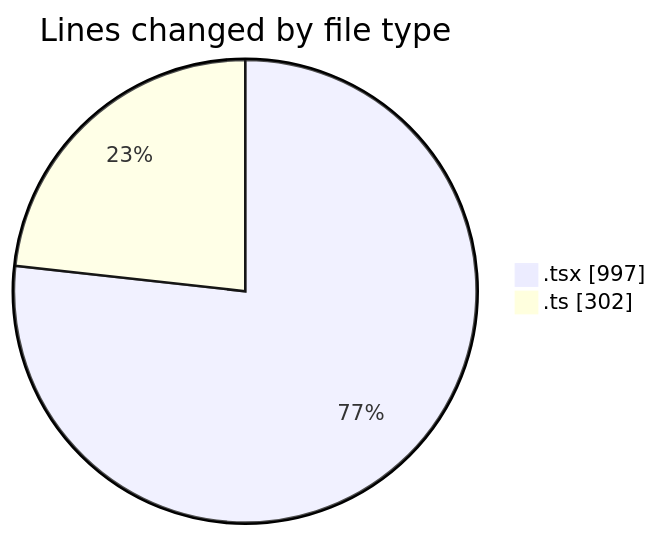
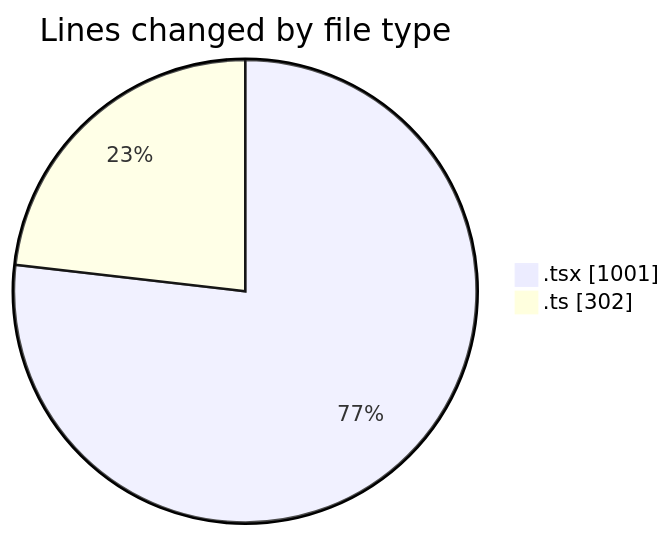
One commit to nxtqubesakshisongat/code-tracking changed the first of 2 diagrams in 2026-04-19/airfeed-analytics-dashboard/README.md. Above: the diagram before and after it, drawn with Mermaid. The commit also changed other lines of this file and 1 other file, not shown here.

````diff
--- a/2026-04-19/airfeed-analytics-dashboard/README.md
+++ b/2026-04-19/airfeed-analytics-dashboard/README.md
@@ -27,6 +27,6 @@
 ```mermaid
 pie showData
 title Lines changed by file type
-".tsx" : 997
+".tsx" : 1001
 ".ts" : 302
 ```
````
